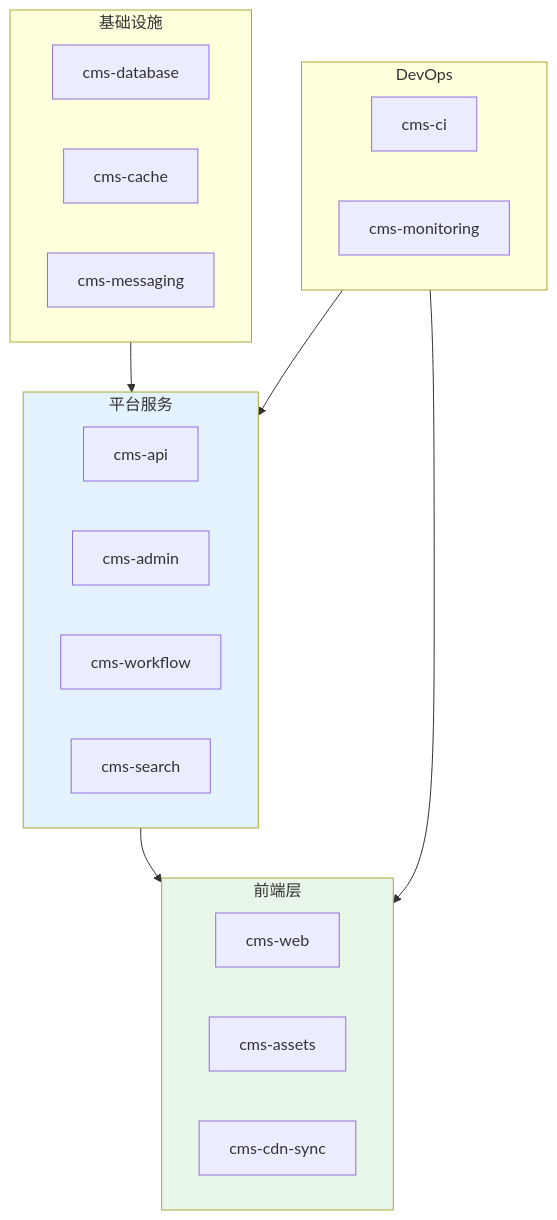
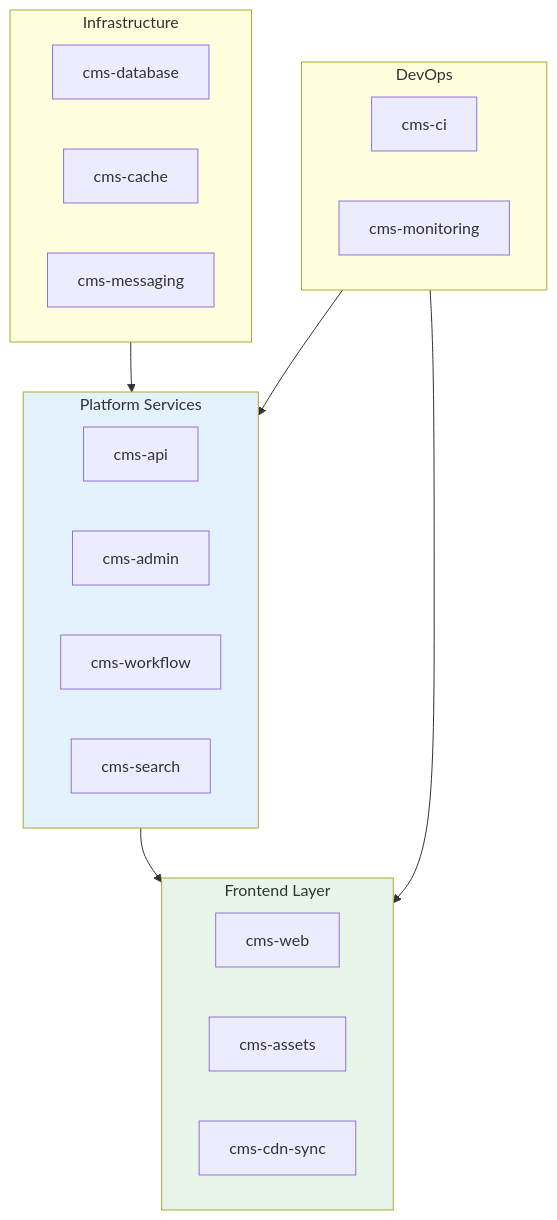
The tenth of 10 diagrams in tree/application/architecture/cms-architecture.md (teaglebuilt/knowledge-tree), drawn with Mermaid before and after one commit. The commit also changed other lines of this file and 8 other files, not shown here.

````diff
--- a/tree/application/architecture/cms-architecture.md
+++ b/tree/application/architecture/cms-architecture.md
@@ -625,32 +624,32 @@
 ```mermaid
 flowchart TB
-    subgraph Infra["基础设施"]
+    subgraph Infra["Infrastructure"]
         NS_DB["cms-database"]
         NS_CACHE["cms-cache"]
         NS_MQ["cms-messaging"]
     end
 
-    subgraph Platform["平台服务"]
+    subgraph Platform["Platform Services"]
         NS_API["cms-api"]
         NS_ADMIN["cms-admin"]
         NS_WORKFLOW["cms-workflow"]
         NS_SEARCH["cms-search"]
     end
 
-    subgraph Frontend["前端层"]
+    subgraph Frontend["Frontend Layer"]
         NS_WEB["cms-web"]
         NS_ASSET["cms-assets"]
         NS_CDN["cms-cdn-sync"]
     end
 
     subgraph DevOps["DevOps"]
         NS_CI["cms-ci"]
         NS_MONITOR["cms-monitoring"]
     end
 
     Infra --> Platform --> Frontend
     DevOps --> Platform & Frontend
 
     style Platform fill:#e3f2fd
     style Frontend fill:#e8f5e9
 ```
````
